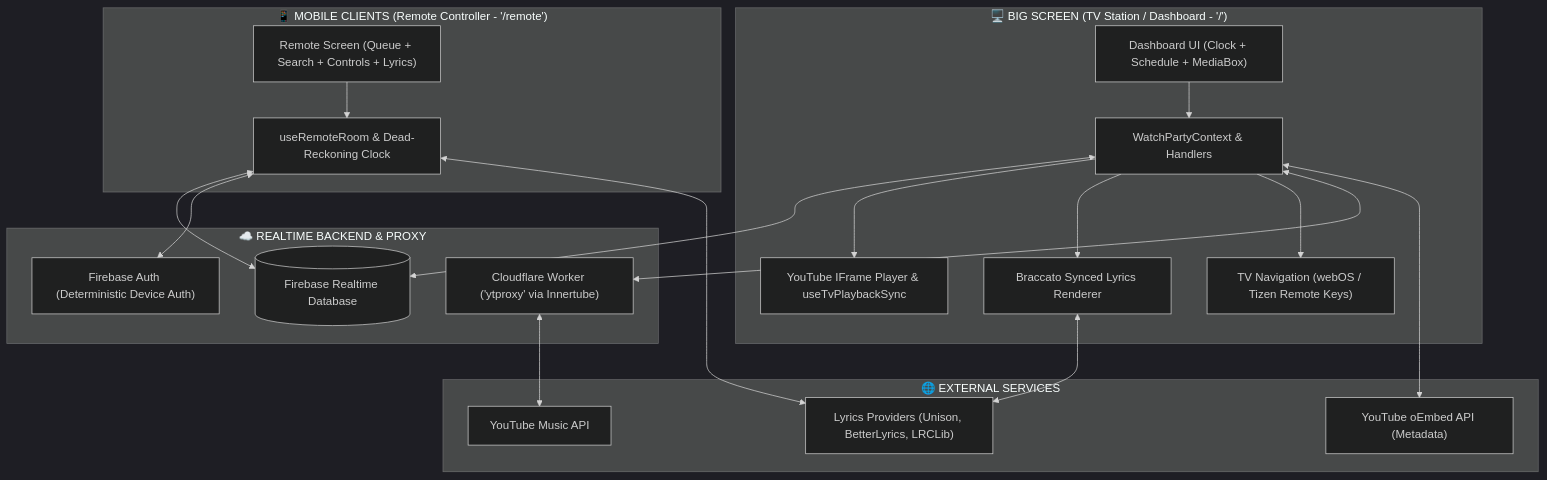
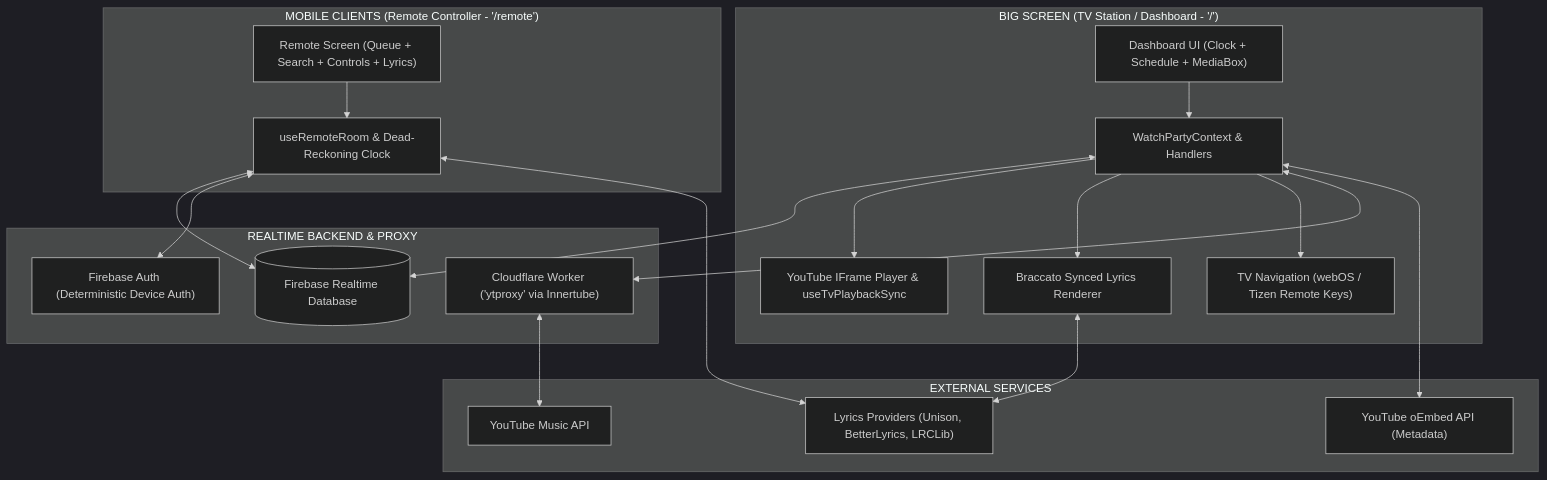
The diagram in docs/README.md (BoredKevin/mediabox), drawn with Mermaid (dark theme) before and after one commit. The commit also changed other lines of this file and 7 other files, not shown here.

Commit message:
ocs: add comprehensive system architecture, protocols, and developer guides

````diff
--- a/docs/README.md
+++ b/docs/README.md
@@ -28,43 +28,43 @@
 ```mermaid
 flowchart TD
-    subgraph TV["🖥️ BIG SCREEN (TV Station / Dashboard - '/')"]
+    subgraph TV["BIG SCREEN (TV Station / Dashboard - '/')"]
         TV_UI["Dashboard UI (Clock + Schedule + MediaBox)"]
         TV_CTX["WatchPartyContext & Handlers"]
         YT_PLAYER["YouTube IFrame Player & useTvPlaybackSync"]
         BRACCATO["Braccato Synced Lyrics Renderer"]
         TV_NAV["TV Navigation (webOS / Tizen Remote Keys)"]
     end
 
-    subgraph CLOUD["☁️ REALTIME BACKEND & PROXY"]
+    subgraph CLOUD["REALTIME BACKEND & PROXY"]
         RTDB[("Firebase Realtime Database")]
         F_AUTH["Firebase Auth (Deterministic Device Auth)"]
         CF_WORKER["Cloudflare Worker ('ytproxy' via Innertube)"]
     end
 
-    subgraph REMOTE["📱 MOBILE CLIENTS (Remote Controller - '/remote')"]
+    subgraph REMOTE["MOBILE CLIENTS (Remote Controller - '/remote')"]
         REM_UI["Remote Screen (Queue + Search + Controls + Lyrics)"]
         REM_HOOK["useRemoteRoom & Dead-Reckoning Clock"]
     end
 
-    subgraph EXTERNAL["🌐 EXTERNAL SERVICES"]
+    subgraph EXTERNAL["EXTERNAL SERVICES"]
         YT_OEMBED["YouTube oEmbed API (Metadata)"]
         YTM_API["YouTube Music API"]
         LYRICS_CASCADE["Lyrics Providers (Unison, BetterLyrics, LRCLib)"]
     end
 
     TV_UI --> TV_CTX
     TV_CTX <--> RTDB
     TV_CTX --> YT_PLAYER
     TV_CTX --> BRACCATO
     TV_CTX --> TV_NAV
 
     REM_UI --> REM_HOOK
     REM_HOOK <--> RTDB
     REM_HOOK <--> F_AUTH
 
     TV_CTX <--> CF_WORKER
     CF_WORKER <--> YTM_API
     TV_CTX <--> YT_OEMBED
     BRACCATO <--> LYRICS_CASCADE
     REM_HOOK <--> LYRICS_CASCADE
 ```
````
